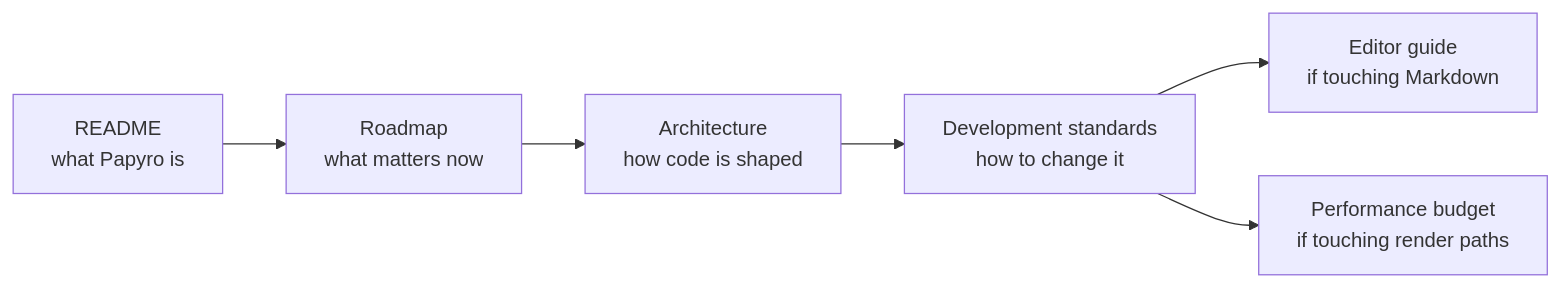
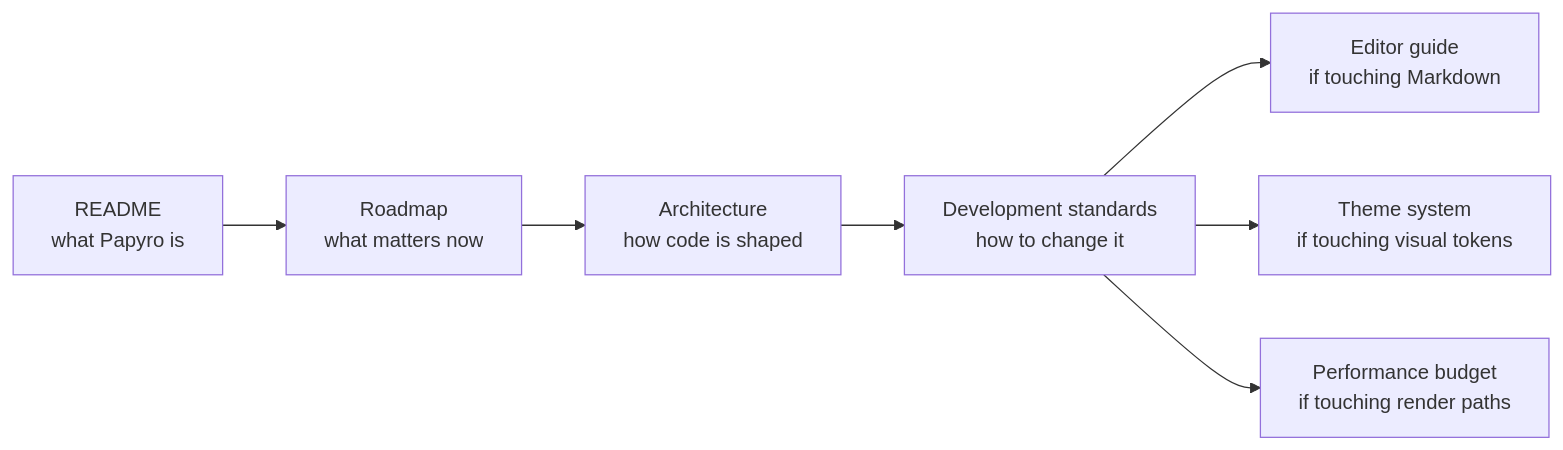
The diagram in docs/README.md (Youzi2233/papyro), drawn with Mermaid before and after one commit. The commit also changed other lines of this file and 13 other files, not shown here.

Commit message:
feat: define theme token system

````diff
--- a/docs/README.md
+++ b/docs/README.md
@@ -20,13 +21,15 @@
 ```mermaid
 flowchart LR
     readme["README<br/>what Papyro is"]
     roadmap["Roadmap<br/>what matters now"]
     architecture["Architecture<br/>how code is shaped"]
     development["Development standards<br/>how to change it"]
     editor["Editor guide<br/>if touching Markdown"]
+    themes["Theme system<br/>if touching visual tokens"]
     performance["Performance budget<br/>if touching render paths"]
 
     readme --> roadmap --> architecture --> development
     development --> editor
+    development --> themes
     development --> performance
 ```
````
